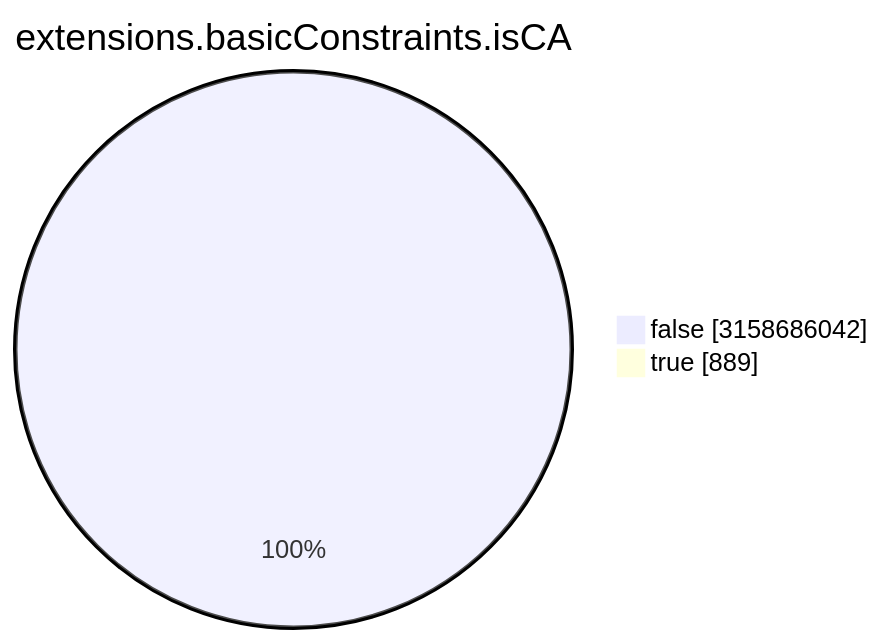
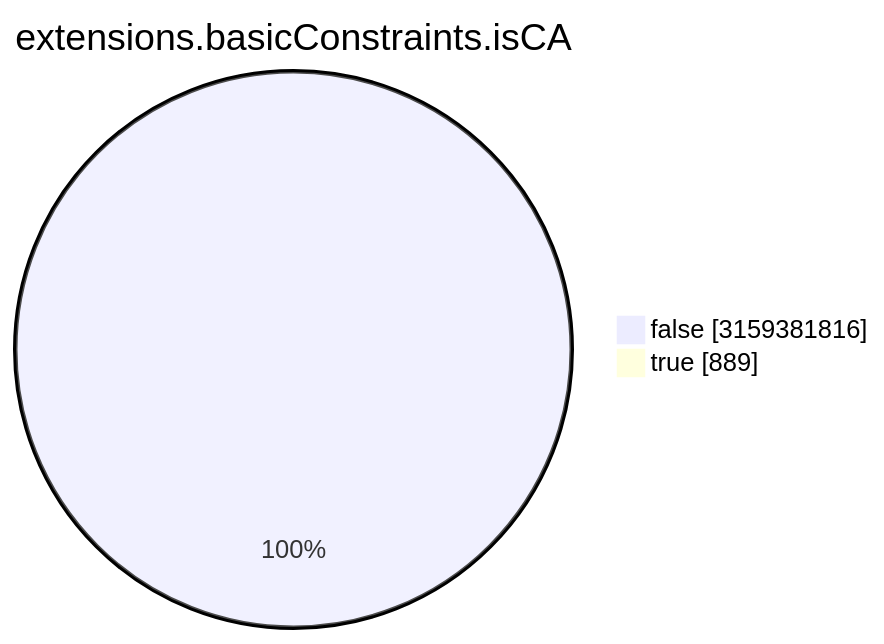
One commit to christiankrug/ctmonitor_visualization changed the seventh of 15 diagrams in TOTAL/README.md. Above: the diagram before and after it, drawn with Mermaid. The commit also changed other lines of this file, not shown here.

````diff
--- a/TOTAL/README.md
+++ b/TOTAL/README.md
@@ -3088,6 +3088,6 @@
 ```mermaid
 pie showData
 title extensions.basicConstraints.isCA
-"false" :3158686042
+"false" :3159381816
 "true" :889
 ```
````
